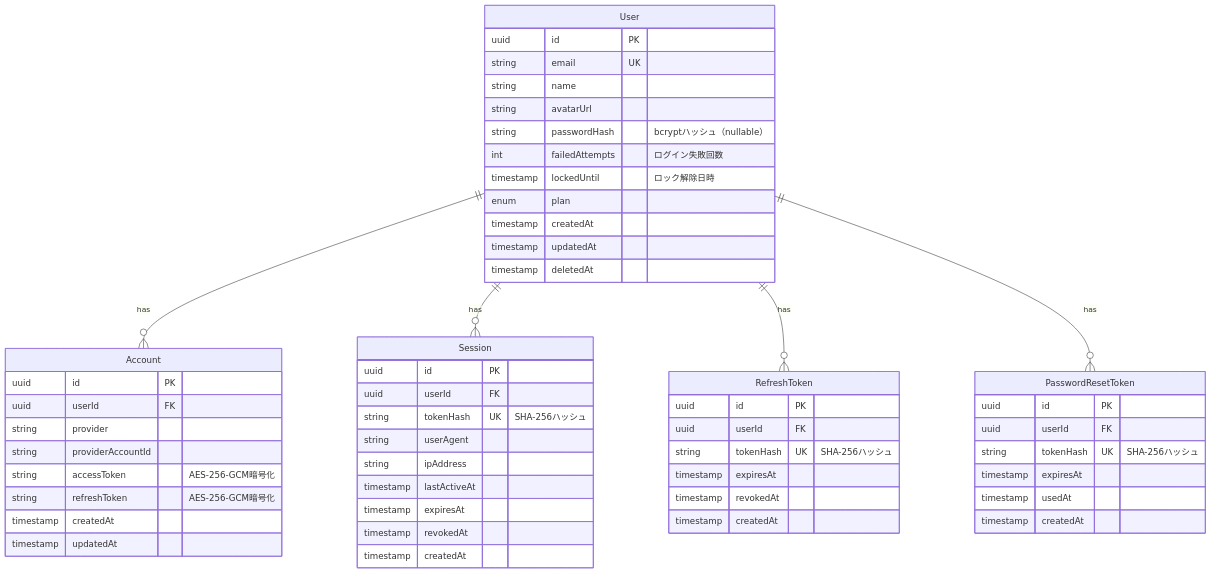
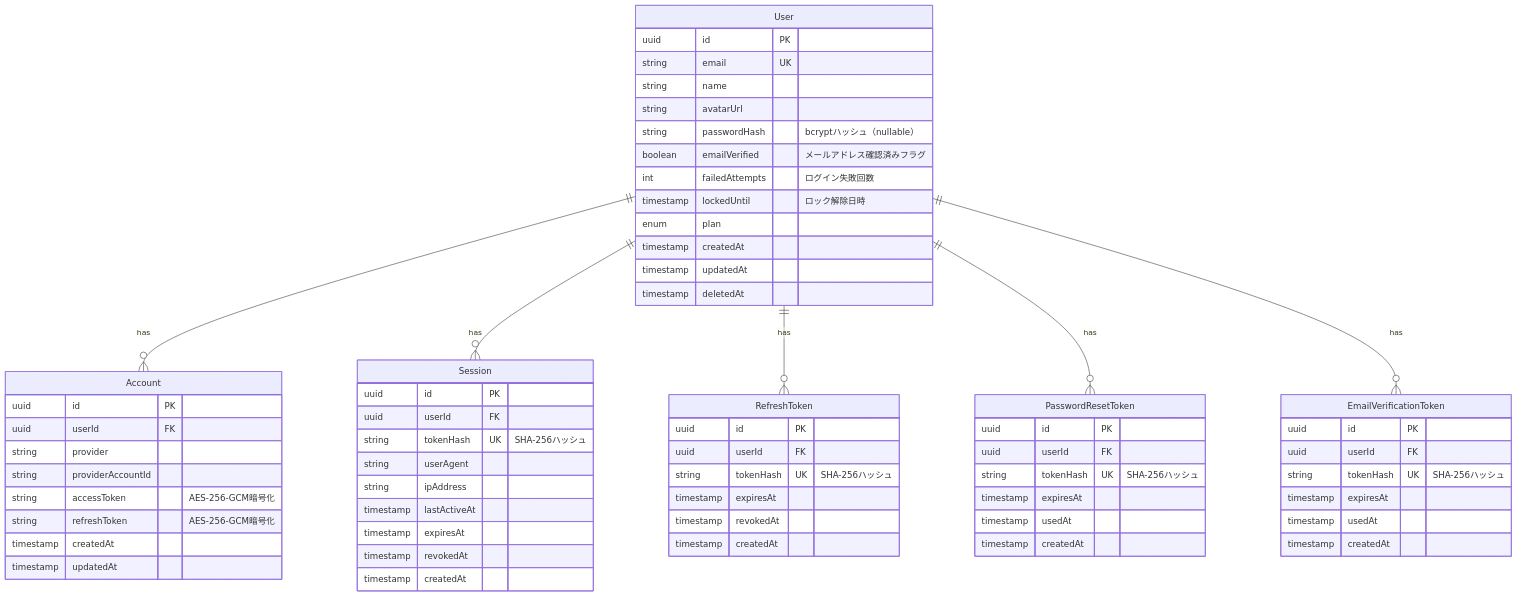
One commit to tsutsumi389/agentest changed the seventh of 13 diagrams in docs/architecture/features/authentication.md. Above: the diagram before and after it, drawn with Mermaid. The commit also changed other lines of this file and 28 other files, not shown here.

First line of the commit message:
Implement email verification flow for user registration (#215)

````diff
--- a/docs/architecture/features/authentication.md
+++ b/docs/architecture/features/authentication.md
@@ -306,62 +352,73 @@
 ```mermaid
 erDiagram
     User ||--o{ Account : "has"
     User ||--o{ Session : "has"
     User ||--o{ RefreshToken : "has"
     User ||--o{ PasswordResetToken : "has"
+    User ||--o{ EmailVerificationToken : "has"
 
     User {
         uuid id PK
         string email UK
         string name
         string avatarUrl
         string passwordHash "bcryptハッシュ（nullable）"
+        boolean emailVerified "メールアドレス確認済みフラグ"
         int failedAttempts "ログイン失敗回数"
         timestamp lockedUntil "ロック解除日時"
         enum plan
         timestamp createdAt
         timestamp updatedAt
         timestamp deletedAt
     }
 
     Account {
         uuid id PK
         uuid userId FK
         string provider
         string providerAccountId
         string accessToken "AES-256-GCM暗号化"
         string refreshToken "AES-256-GCM暗号化"
         timestamp createdAt
         timestamp updatedAt
     }
 
     Session {
         uuid id PK
         uuid userId FK
         string tokenHash UK "SHA-256ハッシュ"
         string userAgent
         string ipAddress
         timestamp lastActiveAt
         timestamp expiresAt
         timestamp revokedAt
         timestamp createdAt
     }
 
     RefreshToken {
         uuid id PK
         uuid userId FK
         string tokenHash UK "SHA-256ハッシュ"
         timestamp expiresAt
         timestamp revokedAt
         timestamp createdAt
     }
 
     PasswordResetToken {
         uuid id PK
         uuid userId FK
         string tokenHash UK "SHA-256ハッシュ"
         timestamp expiresAt
         timestamp usedAt
         timestamp createdAt
     }
+
+    EmailVerificationToken {
+        uuid id PK
+        uuid userId FK
+        string tokenHash UK "SHA-256ハッシュ"
+        timestamp expiresAt
+        timestamp usedAt
+        timestamp createdAt
+    }
 ```
````
